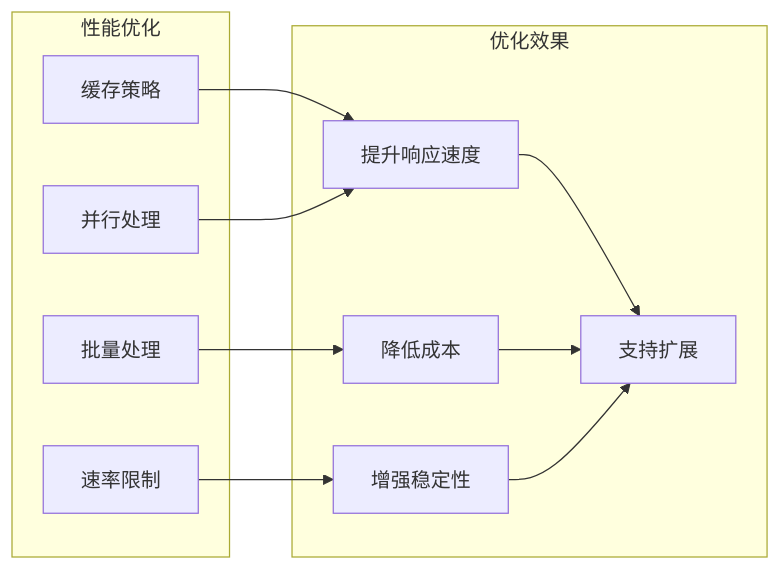
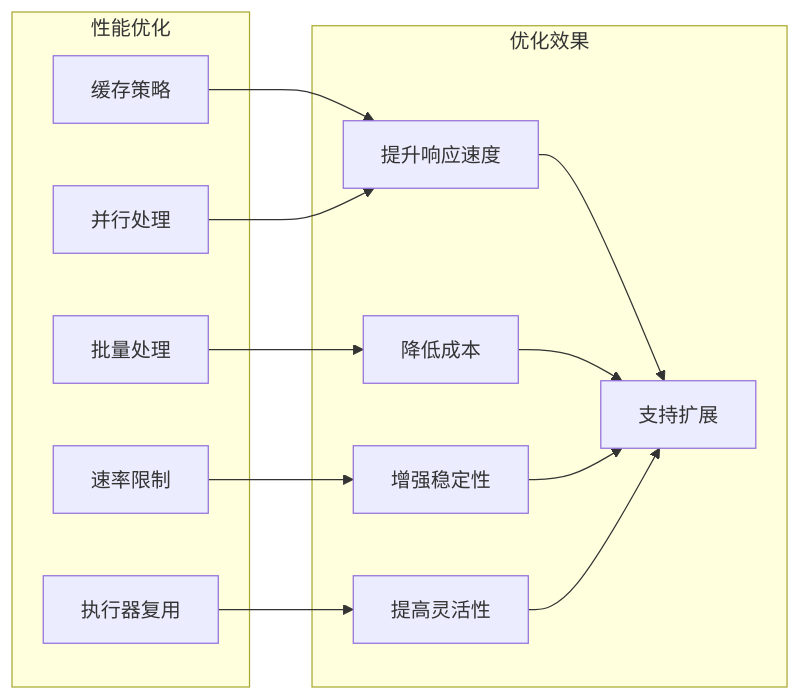
One commit to joezxh/QuantDinger changed diagram 12 of 12 in .qoder/repowiki/zh/content/数据管理系统/数据源适配器/Polymarket预测市场数据集成.md. Above: the diagram before and after it, drawn with Mermaid. The commit also changed other lines of this file and 71 other files, not shown here.

````diff
--- a/.qoder/repowiki/zh/content/数据管理系统/数据源适配器/Polymarket预测市场数据集成.md
+++ b/.qoder/repowiki/zh/content/数据管理系统/数据源适配器/Polymarket预测市场数据集成.md
@@ -452,22 +574,26 @@
 ```mermaid
 flowchart LR
 subgraph "性能优化"
 Cache[缓存策略]
 Batch[批量处理]
 Parallel[并行处理]
 RateLimit[速率限制]
+Executor[执行器复用]
 end
 subgraph "优化效果"
 Speed[提升响应速度]
 Cost[降低成本]
 Stability[增强稳定性]
 Scalability[支持扩展]
+Flexibility[提高灵活性]
 end
 Cache --> Speed
 Batch --> Cost
 Parallel --> Speed
 RateLimit --> Stability
+Executor --> Flexibility
 Speed --> Scalability
 Cost --> Scalability
 Stability --> Scalability
+Flexibility --> Scalability
 ```
````
